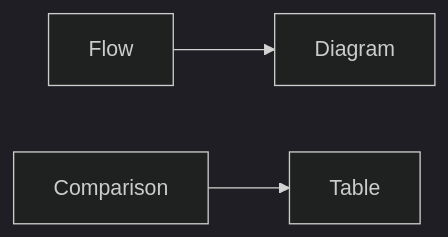
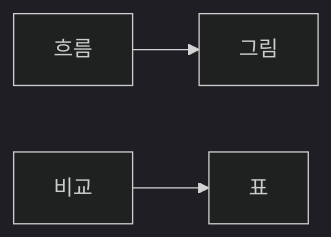
One commit to yeongseon-books/book-content changed the first of 3 diagrams in content/technical-writing-101/ko/06-using-figures-and-tables.md. Above: the diagram before and after it, drawn with Mermaid (dark theme). The commit also changed other lines of this file and 7 other files, not shown here.

````diff
--- a/content/technical-writing-101/ko/06-using-figures-and-tables.md
+++ b/content/technical-writing-101/ko/06-using-figures-and-tables.md
@@ -33,5 +48,5 @@
 ```mermaid
 flowchart LR
-    F[Flow] --> Img[Diagram]
-    C[Comparison] --> Tbl[Table]
+    F[흐름] --> Img[그림]
+    C[비교] --> Tbl[표]
 ```
````
